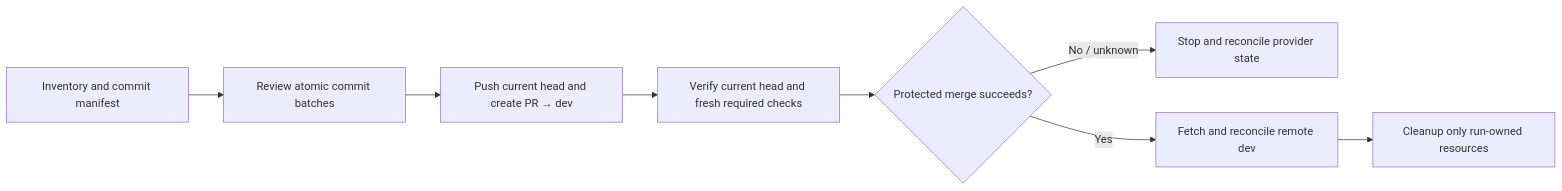
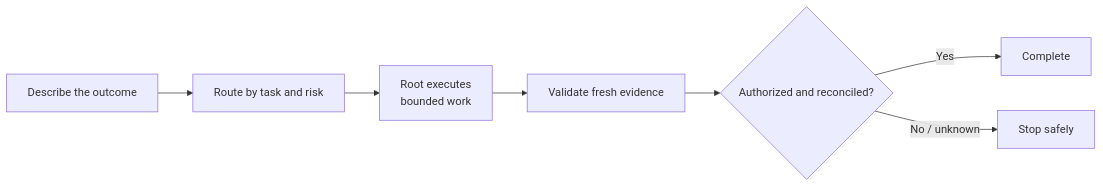
The diagram in README.md (stephen-taipei/better-workflows), drawn with Mermaid before and after one commit. The commit also changed other lines of this file and 21 other files, not shown here.

````diff
--- a/README.md
+++ b/README.md
@@ -533,10 +86,9 @@
 ```mermaid
 flowchart LR
-  A["Inventory and commit manifest"] --> B["Review atomic commit batches"]
-  B --> C["Push current head and create PR → dev"]
-  C --> D["Verify current head and fresh required checks"]
-  D --> E{"Protected merge succeeds?"}
-  E -- "No / unknown" --> F["Stop and reconcile provider state"]
-  E -- "Yes" --> G["Fetch and reconcile remote dev"]
-  G --> H["Cleanup only run-owned resources"]
+  A["Describe the outcome"] --> B["Route by task and risk"]
+  B --> C["Root executes<br/>bounded work"]
+  C --> D["Validate fresh evidence"]
+  D --> E{"Authorized and reconciled?"}
+  E -- "Yes" --> F["Complete"]
+  E -- "No / unknown" --> G["Stop safely"]
 ```
````
